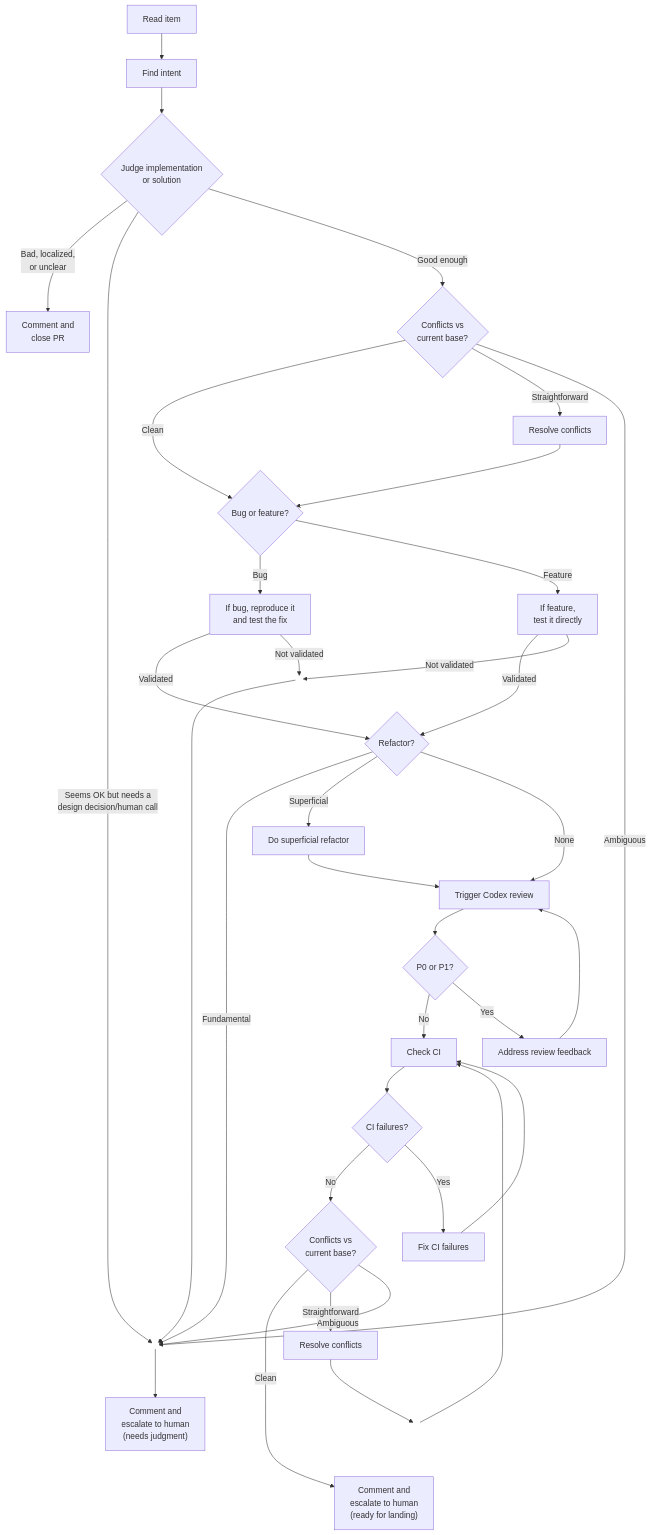
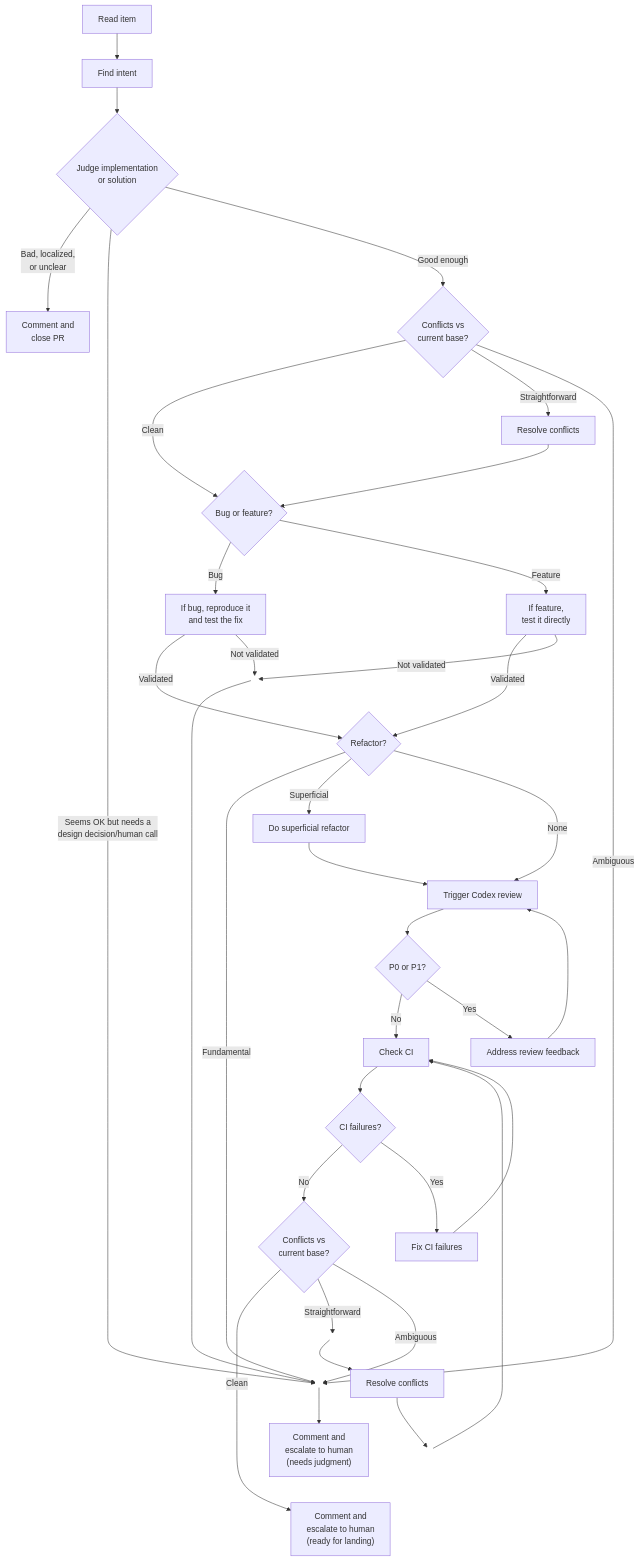
The diagram in examples/flows/pr-triage/README.md (openclaw/acpx), drawn with Mermaid before and after one commit.

Commit message:
docs: separate late conflict branch labels

````diff
--- a/examples/flows/pr-triage/README.md
+++ b/examples/flows/pr-triage/README.md
@@ -5,51 +5,54 @@
 ```mermaid
 flowchart TD
     classDef hidden fill:none,stroke:none,color:none,stroke-width:0px;
     A[Read item] --> B[Find intent]
     B --> C{"Judge implementation<br/>or solution"}
     Y(( ))
     Z(( ))
-    class Y,Z hidden
+    AA(( ))
+    class Y,Z,AA hidden
 
     C -->|"Bad, localized,<br/>or unclear"| D[Comment and<br/>close PR]
     C -->|"Seems OK but needs a<br/>design decision/human call"| Y
     C -->|Good enough| M{"Conflicts vs<br/>current base?"}
 
     M -->|Clean| V{Bug or feature?}
     M -->|Straightforward| O[Resolve conflicts]
     O --> V
     M -->|Ambiguous| Y
 
     V -->|Bug| P[If bug, reproduce it<br/>and test the fix]
     V -->|Feature| T[If feature,<br/>test it directly]
 
     P -->|Validated| F{Refactor?}
     T -->|Validated| F
     P -->|"Not validated"| X(( ))
     T -->|"Not validated"| X
     X --> Y
     X ~~~ F
     class X hidden
 
     F -->|Fundamental| Y
     F -->|Superficial| R[Do superficial refactor]
     F -->|None| G[Trigger Codex review]
     R --> G
 
     G --> H{P0 or P1?}
     H -->|No| J[Check CI]
     H -->|Yes| I[Address review feedback]
     I --> G
     J --> K{CI failures?}
     K -->|No| Q{"Conflicts vs<br/>current base?"}
     K -->|Yes| L[Fix CI failures]
     L --> J
 
     Q -->|Clean| W["Comment and<br/>escalate to human<br/>(ready for landing)"]
-    Q -->|Straightforward| U[Resolve conflicts]
+    Q -->|Straightforward| AA
+    AA --> U[Resolve conflicts]
     U --> Z
     Z --> J
     Q -->|Ambiguous| Y
     Y --> E["Comment and<br/>escalate to human<br/>(needs judgment)"]
+    AA ~~~ Y
     Z ~~~ W
 ```
````
